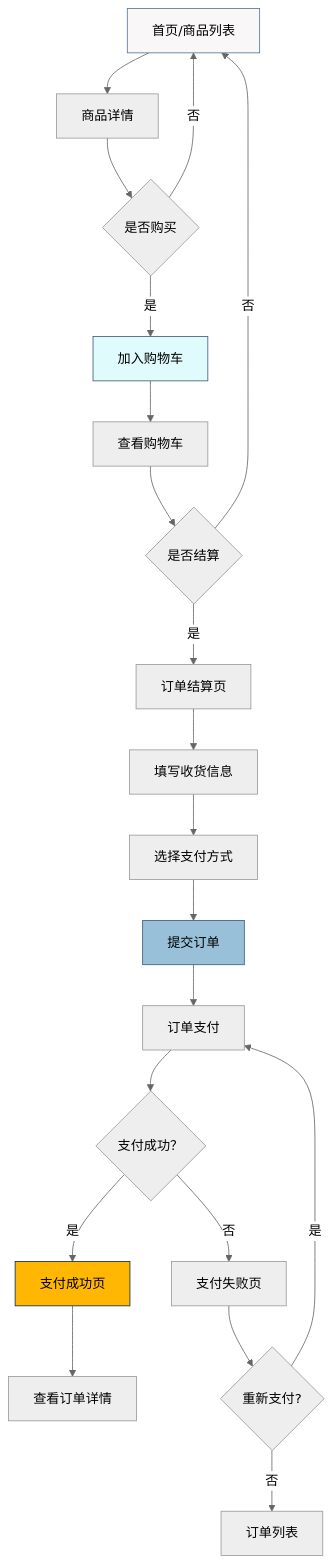
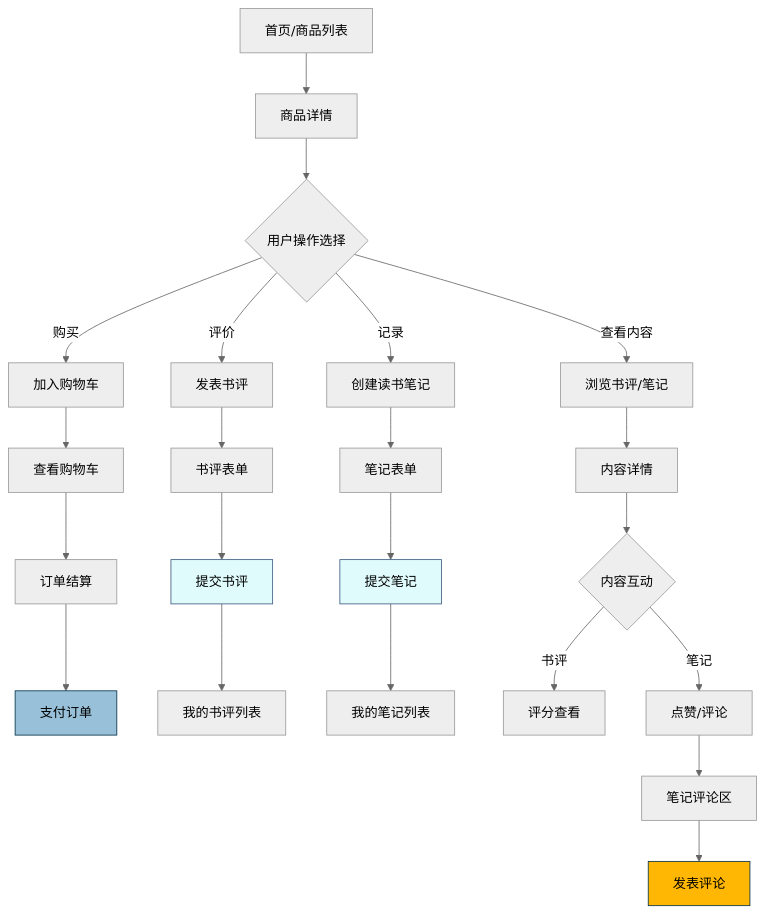
One commit to pilgrimlyieu/Tomato-Bookstore changed the sixth of 7 diagrams in docs/lab/hci-design.md. Above: the diagram before and after it, drawn with Mermaid. The commit also changed other lines of this file and 15 other files, not shown here.

````diff
--- a/docs/lab/hci-design.md
+++ b/docs/lab/hci-design.md
@@ -313,28 +397,36 @@
 ```mermaid
 %%{init: {'theme':'neutral'}}%%
 flowchart TD
     A[首页/商品列表] --> B[商品详情]
-    B --> C{是否购买}
-    C -->|是| D[加入购物车]
-    C -->|否| A
-    D --> E[查看购物车]
-    E --> F{是否结算}
-    F -->|是| G[订单结算页]
-    F -->|否| A
-    G --> H[填写收货信息]
-    H --> I[选择支付方式]
-    I --> J[提交订单]
-    J --> K[订单支付]
-    K --> L{支付成功？}
-    L -->|是| M[支付成功页]
-    L -->|否| N[支付失败页]
-    M --> O[查看订单详情]
-    N --> P{重新支付?}
-    P -->|是| K
-    P -->|否| Q[订单列表]
+    B --> C{用户操作选择}
 
-    style A fill:#f9f7f7,stroke:#577590
-    style D fill:#e0fbfc,stroke:#3d5a80
-    style J fill:#98c1d9,stroke:#3d5a80
-    style M fill:#ffb703,stroke:#023047
+    C -->|购买| D[加入购物车]
+    C -->|评价| E[发表书评]
+    C -->|记录| F[创建读书笔记]
+    C -->|查看内容| G[浏览书评/笔记]
+
+    D --> H[查看购物车]
+    H --> I[订单结算]
+    I --> J[支付订单]
+
+    E --> K[书评表单]
+    K --> L[提交书评]
+    L --> M[我的书评列表]
+
+    F --> N[笔记表单]
+    N --> O[提交笔记]
+    O --> P[我的笔记列表]
+
+    G --> Q[内容详情]
+    Q --> R{内容互动}
+    R -->|书评| S[评分查看]
+    R -->|笔记| T[点赞/评论]
+
+    T --> U[笔记评论区]
+    U --> V[发表评论]
+
+    style L fill:#e0fbfc,stroke:#3d5a80
+    style O fill:#e0fbfc,stroke:#3d5a80
+    style J fill:#98c1d9,stroke:#023047
+    style V fill:#ffb703,stroke:#023047
 ```
````
